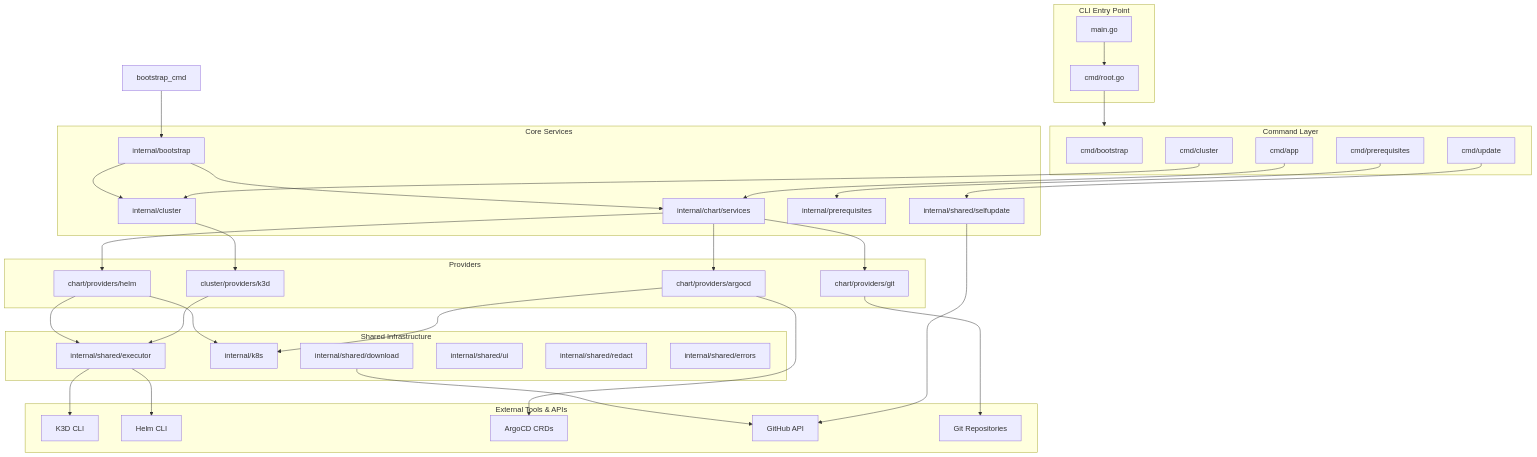
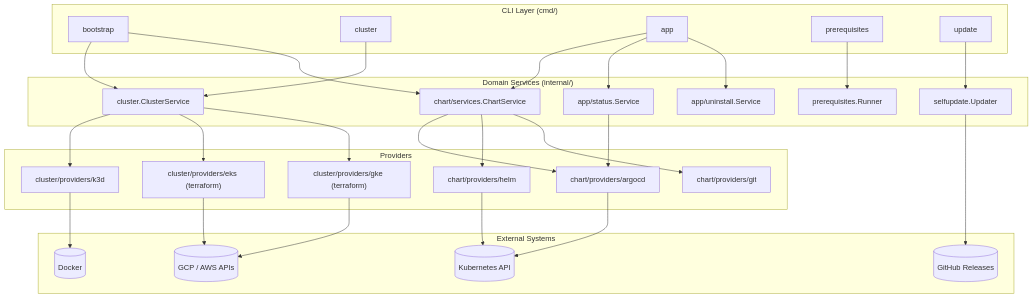
The first of 4 diagrams in docs/reference/architecture/overview.md (clydejordaan/openframe-cli), drawn with Mermaid before and after one commit. The commit also changed other lines of this file and 134 other files, not shown here.

````diff
--- a/docs/reference/architecture/overview.md
+++ b/docs/reference/architecture/overview.md
@@ -15,75 +17,59 @@
 ```mermaid
 graph TB
-    subgraph CLI["CLI Entry Point"]
-        main["main.go"]
-        root["cmd/root.go"]
+    subgraph "CLI Layer (cmd/)"
+        Bootstrap[bootstrap]
+        Cluster[cluster]
+        App[app]
+        Prereq[prerequisites]
+        Update[update]
     end
 
-    subgraph Commands["Command Layer"]
-        bootstrap["cmd/bootstrap"]
-        cluster_cmd["cmd/cluster"]
-        app_cmd["cmd/app"]
-        prereq_cmd["cmd/prerequisites"]
-        update_cmd["cmd/update"]
+    subgraph "Domain Services (internal/)"
+        ClusterSvc["cluster.ClusterService"]
+        ChartSvc["chart/services.ChartService"]
+        AppStatus["app/status.Service"]
+        AppUninstall["app/uninstall.Service"]
+        PrereqFw["prerequisites.Runner"]
+        SelfUpdate["selfupdate.Updater"]
     end
 
-    subgraph Core["Core Services"]
-        bootstrap_svc["internal/bootstrap"]
-        cluster_svc["internal/cluster"]
-        chart_svc["internal/chart/services"]
-        prereq_fw["internal/prerequisites"]
-        selfupdate["internal/shared/selfupdate"]
+    subgraph "Providers"
+        K3d["cluster/providers/k3d"]
+        EKS["cluster/providers/eks (terraform)"]
+        GKE["cluster/providers/gke (terraform)"]
+        ArgoCD["chart/providers/argocd"]
+        Helm["chart/providers/helm"]
+        Git["chart/providers/git"]
     end
 
-    subgraph Providers["Providers"]
-        k3d_prov["cluster/providers/k3d"]
-        argocd_prov["chart/providers/argocd"]
-        helm_prov["chart/providers/helm"]
-        git_prov["chart/providers/git"]
+    subgraph "External Systems"
+        Docker[(Docker)]
+        K8sAPI[(Kubernetes API)]
+        CloudAPI[(GCP / AWS APIs)]
+        GitHub[(GitHub Releases)]
     end
 
-    subgraph Shared["Shared Infrastructure"]
-        executor["internal/shared/executor"]
-        k8s["internal/k8s"]
-        download["internal/shared/download"]
-        ui["internal/shared/ui"]
-        redact["internal/shared/redact"]
-        errors["internal/shared/errors"]
-    end
+    Bootstrap --> ClusterSvc
+    Bootstrap --> ChartSvc
+    Cluster --> ClusterSvc
+    App --> ChartSvc
+    App --> AppStatus
+    App --> AppUninstall
+    Prereq --> PrereqFw
+    Update --> SelfUpdate
 
-    subgraph External["External Tools & APIs"]
-        k3d_tool["K3D CLI"]
-        helm_tool["Helm CLI"]
-        argocd_cr["ArgoCD CRDs"]
-        github["GitHub API"]
-        git_repo["Git Repositories"]
-    end
+    ClusterSvc --> K3d
+    ClusterSvc --> EKS
+    ClusterSvc --> GKE
+    ChartSvc --> ArgoCD
+    ChartSvc --> Helm
+    ChartSvc --> Git
+    AppStatus --> ArgoCD
 
-    main --> root
-    root --> Commands
-    bootstrap_cmd --> bootstrap_svc
-    cluster_cmd --> cluster_svc
-    app_cmd --> chart_svc
-    prereq_cmd --> prereq_fw
-    update_cmd --> selfupdate
-
-    bootstrap_svc --> cluster_svc
-    bootstrap_svc --> chart_svc
-
-    cluster_svc --> k3d_prov
-    chart_svc --> argocd_prov
-    chart_svc --> helm_prov
-    chart_svc --> git_prov
-
-    k3d_prov --> executor
-    helm_prov --> executor
-    argocd_prov --> k8s
-    helm_prov --> k8s
-
-    executor --> k3d_tool
-    executor --> helm_tool
-    argocd_prov --> argocd_cr
-    git_prov --> git_repo
-    selfupdate --> github
-    download --> github
+    K3d --> Docker
+    EKS --> CloudAPI
+    GKE --> CloudAPI
+    ArgoCD --> K8sAPI
+    Helm --> K8sAPI
+    SelfUpdate --> GitHub
 ```
````
